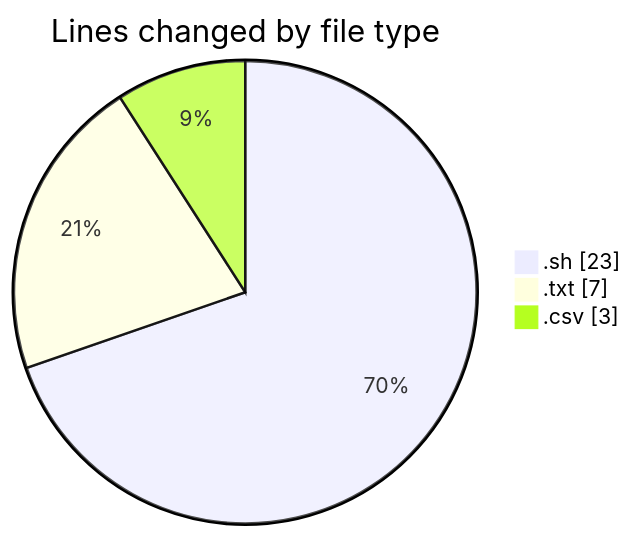
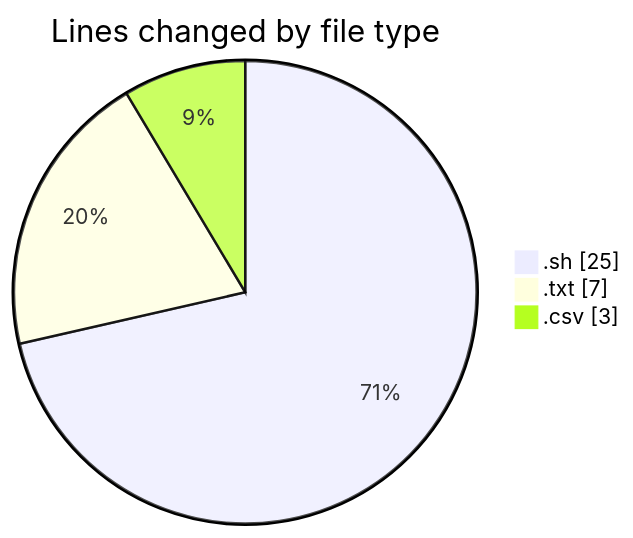
The first of 2 diagrams in 2026-11-12/scripts/README.md (ricardozamudiocil/code-tracking), drawn with Mermaid before and after one commit. The commit also changed other lines of this file and 1 other file, not shown here.

````diff
--- a/2026-11-12/scripts/README.md
+++ b/2026-11-12/scripts/README.md
@@ -22,7 +22,7 @@
 ```mermaid
 pie showData
 title Lines changed by file type
-".sh" : 23
+".sh" : 25
 ".txt" : 7
 ".csv" : 3
 ```
````
